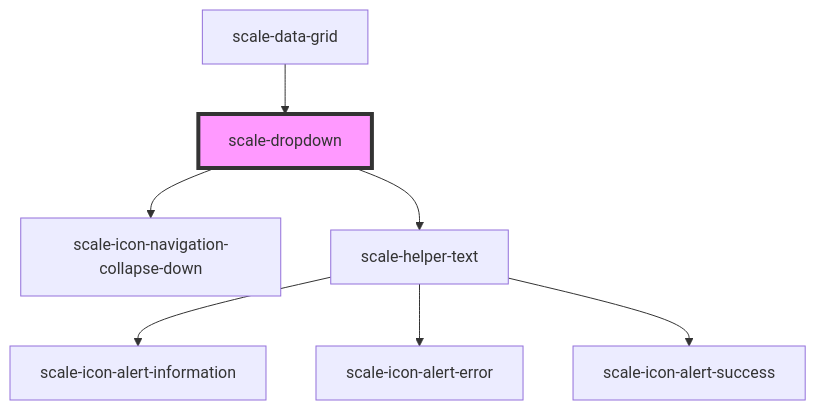
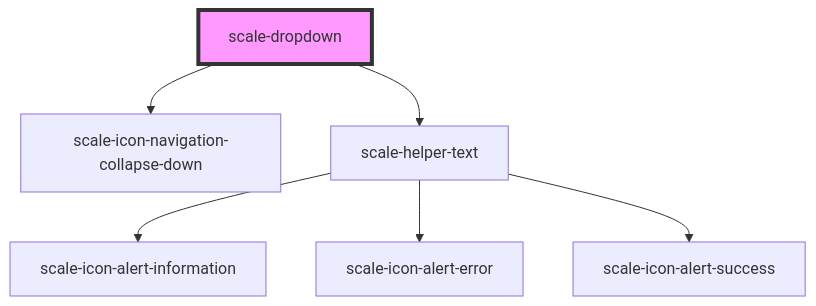
One commit to telekom/scale changed the diagram in packages/components/src/components/dropdown/readme.md. Above: the diagram before and after it, drawn with Mermaid. The commit also changed other lines of this file and 3 other files, not shown here.

Commit message:
feat(data-grid): replace dropdown with dropdown-select

````diff
--- a/packages/components/src/components/dropdown/readme.md
+++ b/packages/components/src/components/dropdown/readme.md
@@ -59,10 +55,9 @@
 ```mermaid
 graph TD;
   scale-dropdown --> scale-icon-navigation-collapse-down
   scale-dropdown --> scale-helper-text
   scale-helper-text --> scale-icon-alert-information
   scale-helper-text --> scale-icon-alert-error
   scale-helper-text --> scale-icon-alert-success
-  scale-data-grid --> scale-dropdown
   style scale-dropdown fill:#f9f,stroke:#333,stroke-width:4px
 ```
````
